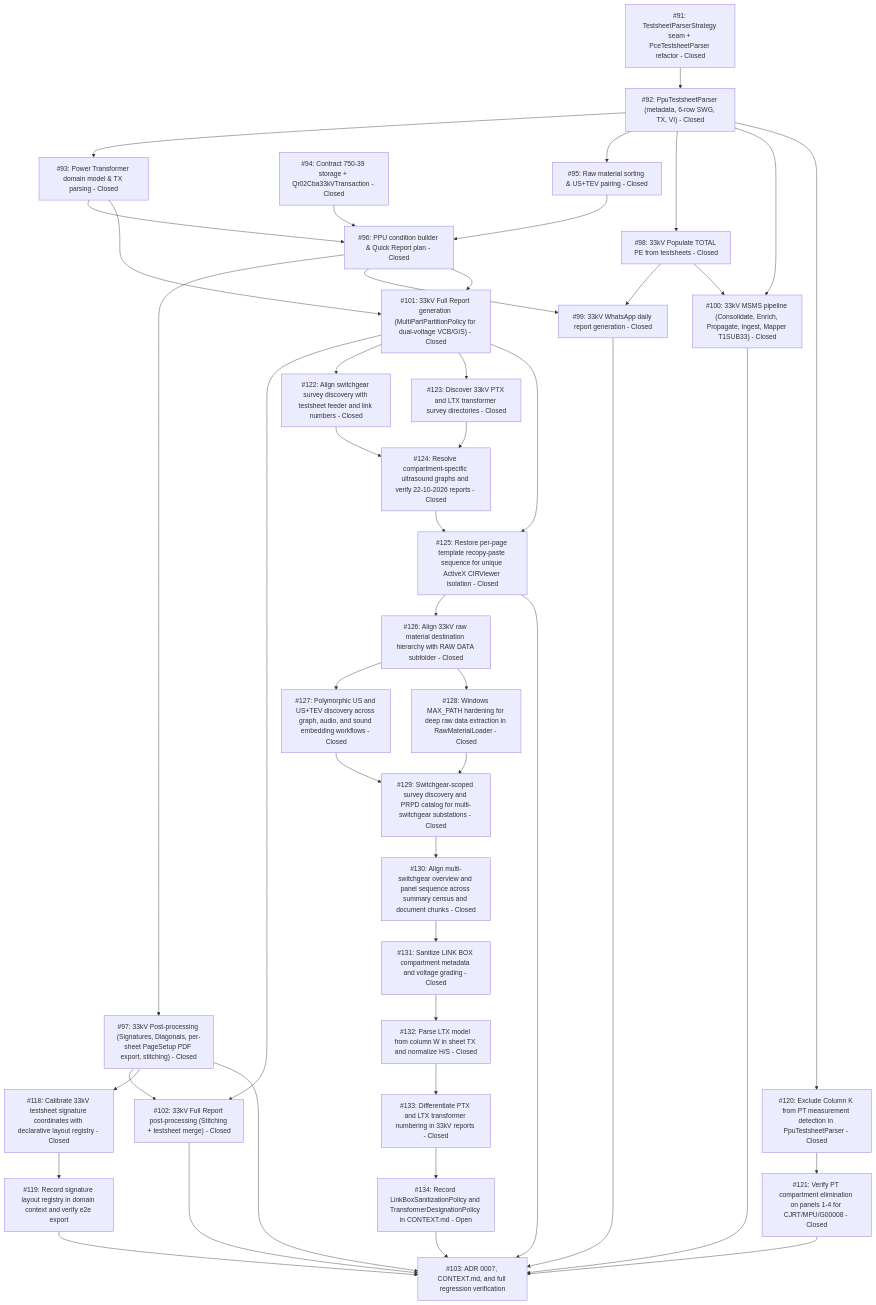
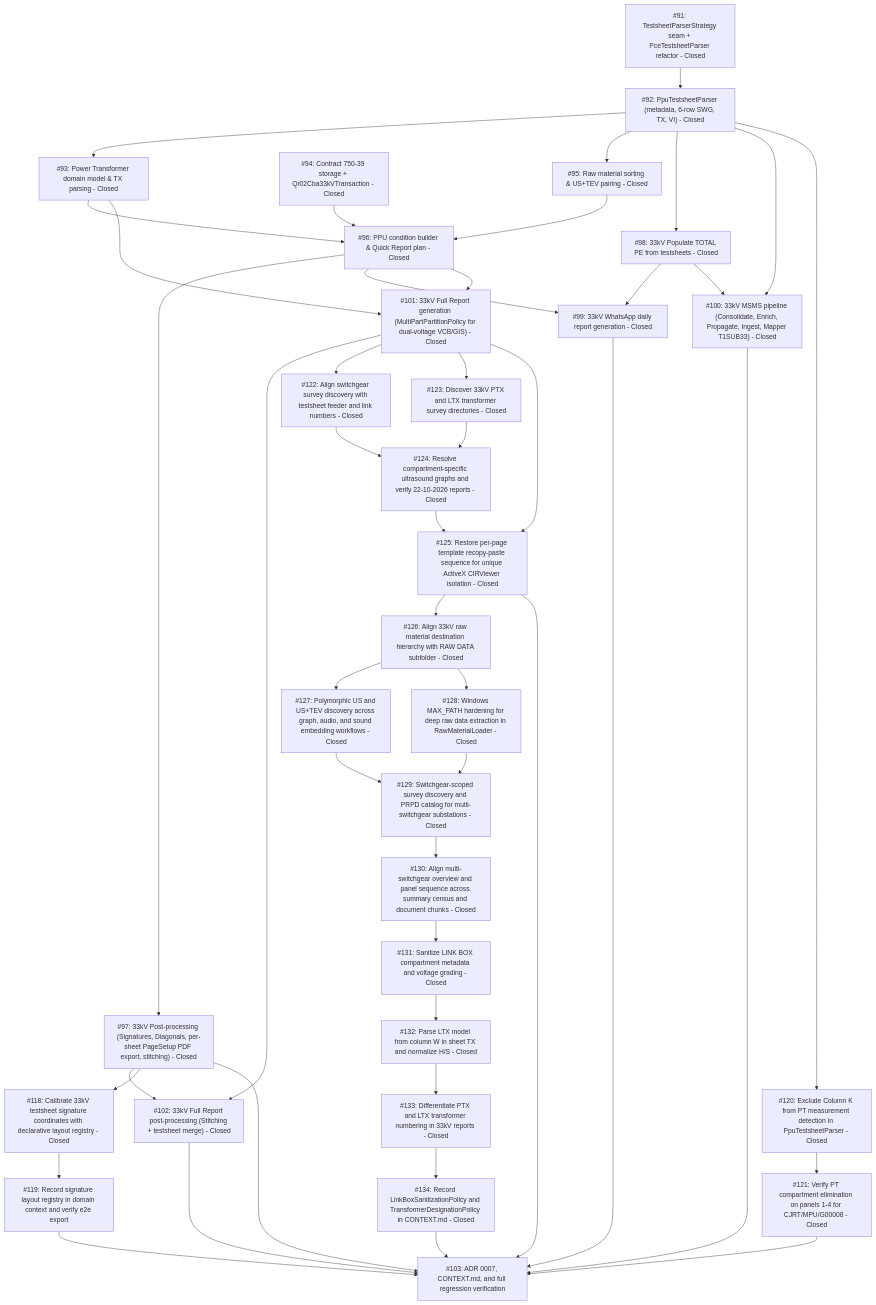
Before and after one commit to adamlarGit/pahang-cli: the diagram in .wayfinder/33kv-system-workflow/map.md, drawn with Mermaid. The commit also changed other lines of this file and 1 other file, not shown here.

````diff
--- a/.wayfinder/33kv-system-workflow/map.md
+++ b/.wayfinder/33kv-system-workflow/map.md
@@ -55,78 +55,78 @@
 ```mermaid
 graph TD
     T91["#91: TestsheetParserStrategy seam + PceTestsheetParser refactor - Closed"]
     T92["#92: PpuTestsheetParser (metadata, 6-row SWG, TX, VI) - Closed"]
     T93["#93: Power Transformer domain model & TX parsing - Closed"]
     T94["#94: Contract 750-39 storage + Qr02Cba33kVTransaction - Closed"]
     T95["#95: Raw material sorting & US+TEV pairing - Closed"]
     T96["#96: PPU condition builder & Quick Report plan - Closed"]
     T97["#97: 33kV Post-processing (Signatures, Diagonals, per-sheet PageSetup PDF export, stitching) - Closed"]
     T98["#98: 33kV Populate TOTAL PE from testsheets - Closed"]
     T99["#99: 33kV WhatsApp daily report generation - Closed"]
     T100["#100: 33kV MSMS pipeline (Consolidate, Enrich, Propagate, Ingest, Mapper T1SUB33) - Closed"]
     T101["#101: 33kV Full Report generation (MultiPartPartitionPolicy for dual-voltage VCB/GIS) - Closed"]
     T102["#102: 33kV Full Report post-processing (Stitching + testsheet merge) - Closed"]
     T118["#118: Calibrate 33kV testsheet signature coordinates with declarative layout registry - Closed"]
     T119["#119: Record signature layout registry in domain context and verify e2e export"]
     T120["#120: Exclude Column K from PT measurement detection in PpuTestsheetParser - Closed"]
     T121["#121: Verify PT compartment elimination on panels 1-4 for CJRT/MPU/G00008 - Closed"]
     T122["#122: Align switchgear survey discovery with testsheet feeder and link numbers - Closed"]
     T123["#123: Discover 33kV PTX and LTX transformer survey directories - Closed"]
     T124["#124: Resolve compartment-specific ultrasound graphs and verify 22-10-2026 reports - Closed"]
     T125["#125: Restore per-page template recopy-paste sequence for unique ActiveX CIRViewer isolation - Closed"]
     T126["#126: Align 33kV raw material destination hierarchy with RAW DATA subfolder - Closed"]
     T127["#127: Polymorphic US and US+TEV discovery across graph, audio, and sound embedding workflows - Closed"]
     T128["#128: Windows MAX_PATH hardening for deep raw data extraction in RawMaterialLoader - Closed"]
     T129["#129: Switchgear-scoped survey discovery and PRPD catalog for multi-switchgear substations - Closed"]
     T130["#130: Align multi-switchgear overview and panel sequence across summary census and document chunks - Closed"]
     T131["#131: Sanitize LINK BOX compartment metadata and voltage grading - Closed"]
     T132["#132: Parse LTX model from column W in sheet TX and normalize H/S - Closed"]
     T133["#133: Differentiate PTX and LTX transformer numbering in 33kV reports - Closed"]
-    T134["#134: Record LinkBoxSanitizationPolicy and TransformerDesignationPolicy in CONTEXT.md - Open"]
+    T134["#134: Record LinkBoxSanitizationPolicy and TransformerDesignationPolicy in CONTEXT.md - Closed"]
     T103["#103: ADR 0007, CONTEXT.md, and full regression verification"]
 
     T91 --> T92
     T92 --> T93
     T92 --> T95
     T92 --> T98
     T94 --> T96
     T93 --> T96
     T95 --> T96
     T96 --> T97
     T96 --> T99
     T98 --> T99
     T98 --> T100
     T92 --> T100
     T93 --> T101
     T96 --> T101
     T97 --> T102
     T101 --> T102
     T97 --> T118
     T118 --> T119
     T119 --> T103
     T92 --> T120
     T120 --> T121
     T121 --> T103
     T101 --> T122
     T101 --> T123
     T122 --> T124
     T123 --> T124
     T124 --> T125
     T125 --> T126
     T126 --> T127
     T126 --> T128
     T127 --> T129
     T128 --> T129
     T129 --> T130
     T130 --> T131
     T131 --> T132
     T132 --> T133
     T133 --> T134
     T134 --> T103
     T101 --> T125
     T125 --> T103
     T97 --> T103
     T99 --> T103
     T100 --> T103
     T102 --> T103
 ```
````
